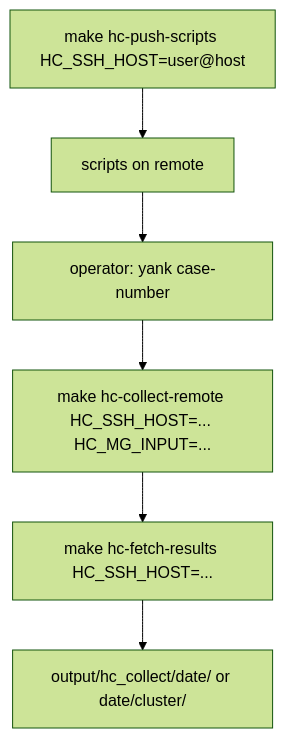
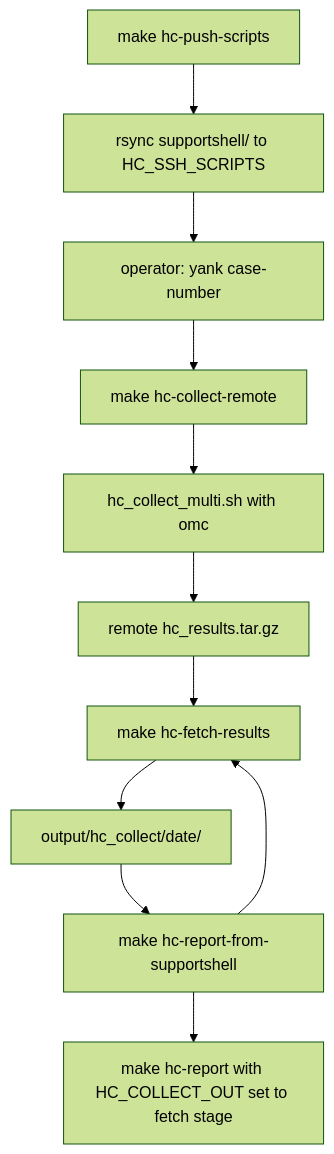
The eighth of 10 diagrams in docs/CODEFLOW.md (stratus-ss/arch-design-doc-generator), drawn with Mermaid (forest theme) before and after one commit. The commit also changed other lines of this file and 13 other files, not shown here.

First line of the commit message:
docs: align Health Check code flow with collect 03–12 and the report engine

````diff
--- a/docs/CODEFLOW.md
+++ b/docs/CODEFLOW.md
@@ -178,8 +219,13 @@
 ```mermaid
 flowchart TD
-    Push[make hc-push-scripts HC_SSH_HOST=user@host] --> Remote[scripts on remote]
-    Remote --> Yank[operator: yank case-number]
-    Yank --> CollectRemote[make hc-collect-remote HC_SSH_HOST=... HC_MG_INPUT=...]
-    CollectRemote --> FetchResults[make hc-fetch-results HC_SSH_HOST=...]
-    FetchResults --> Staged[output/hc_collect/date/ or date/cluster/]
+    Push["make hc-push-scripts"] --> Remote["rsync supportshell/ to HC_SSH_SCRIPTS"]
+    Remote --> Yank["operator: yank case-number"]
+    Yank --> CollectRemote["make hc-collect-remote"]
+    CollectRemote --> Multi["hc_collect_multi.sh with omc"]
+    Multi --> RemoteTar["remote hc_results.tar.gz"]
+    RemoteTar --> Fetch["make hc-fetch-results"]
+    Fetch --> Staged["output/hc_collect/date/"]
+    Staged --> OneShot["make hc-report-from-supportshell"]
+    OneShot --> Fetch
+    OneShot --> HcReport["make hc-report with HC_COLLECT_OUT set to fetch stage"]
 ```
````
